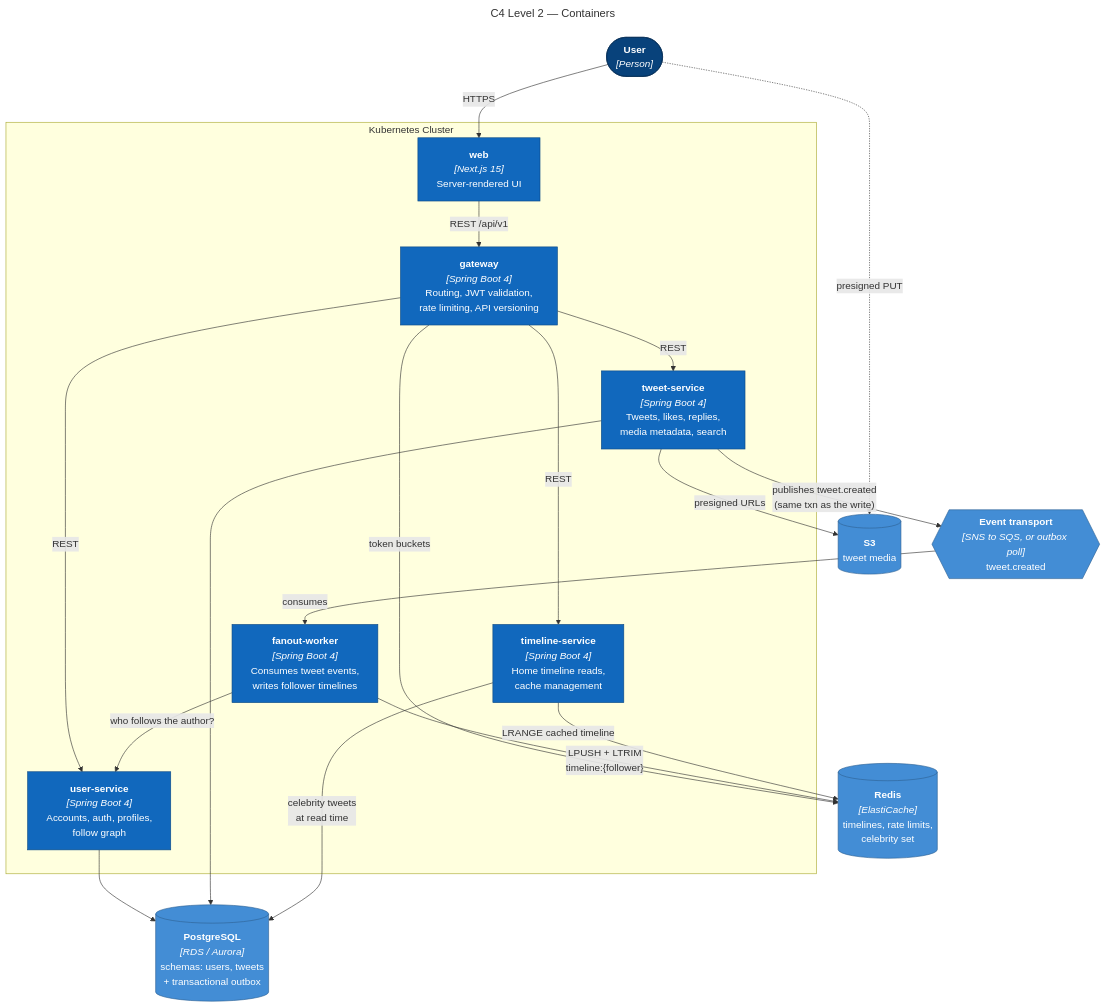
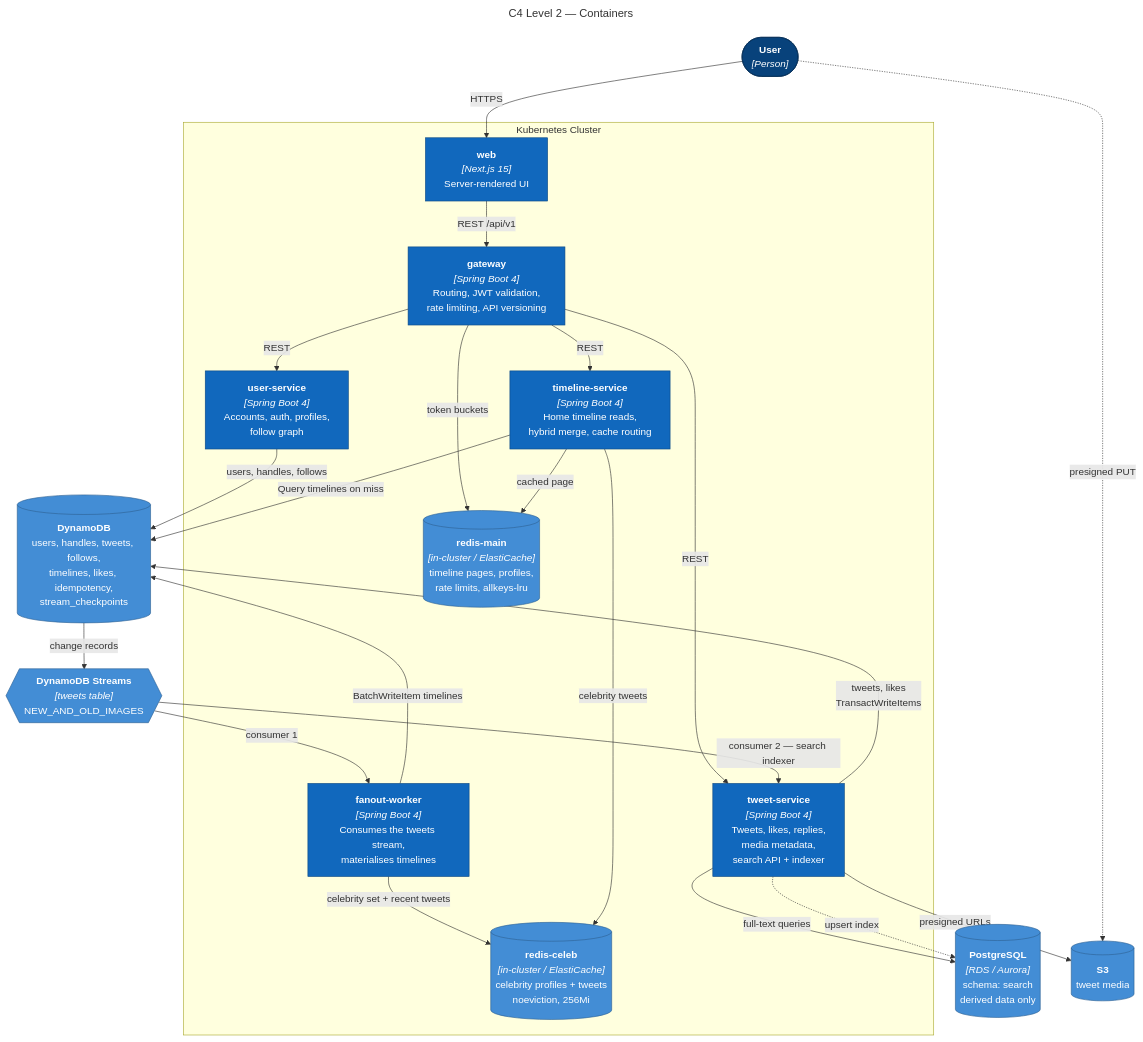
The diagram in docs/diagrams/c4-container.mmd (moeezurrehman0/starling), drawn with Mermaid before and after one commit. The commit also changed 22 other files, not shown here.

First line of the commit message:
feat!: move operational data to DynamoDB and split the cache tier

```diff
--- a/docs/diagrams/c4-container.mmd
+++ b/docs/diagrams/c4-container.mmd
@@ -1,47 +1,54 @@
 ---
 title: C4 Level 2 — Containers
 ---
 graph TB
     user(["<b>User</b><br/><i>[Person]</i>"])
 
     subgraph cluster["Kubernetes Cluster"]
         web["<b>web</b><br/><i>[Next.js 15]</i><br/>Server-rendered UI"]
         gw["<b>gateway</b><br/><i>[Spring Boot 4]</i><br/>Routing, JWT validation,<br/>rate limiting, API versioning"]
         usr["<b>user-service</b><br/><i>[Spring Boot 4]</i><br/>Accounts, auth, profiles,<br/>follow graph"]
-        twt["<b>tweet-service</b><br/><i>[Spring Boot 4]</i><br/>Tweets, likes, replies,<br/>media metadata, search"]
-        tl["<b>timeline-service</b><br/><i>[Spring Boot 4]</i><br/>Home timeline reads,<br/>cache management"]
-        fan["<b>fanout-worker</b><br/><i>[Spring Boot 4]</i><br/>Consumes tweet events,<br/>writes follower timelines"]
+        twt["<b>tweet-service</b><br/><i>[Spring Boot 4]</i><br/>Tweets, likes, replies,<br/>media metadata,<br/>search API + indexer"]
+        tl["<b>timeline-service</b><br/><i>[Spring Boot 4]</i><br/>Home timeline reads,<br/>hybrid merge, cache routing"]
+        fan["<b>fanout-worker</b><br/><i>[Spring Boot 4]</i><br/>Consumes the tweets stream,<br/>materialises timelines"]
+        rcel[("<b>redis-celeb</b><br/><i>[in-cluster / ElastiCache]</i><br/>celebrity profiles + tweets<br/>noeviction, 256Mi")]
+        rmain[("<b>redis-main</b><br/><i>[in-cluster / ElastiCache]</i><br/>timeline pages, profiles,<br/>rate limits, allkeys-lru")]
     end
 
-    pg[("<b>PostgreSQL</b><br/><i>[RDS / Aurora]</i><br/>schemas: users, tweets<br/>+ transactional outbox")]
-    redis[("<b>Redis</b><br/><i>[ElastiCache]</i><br/>timelines, rate limits,<br/>celebrity set")]
-    queue{{"<b>Event transport</b><br/><i>[SNS to SQS, or outbox poll]</i><br/>tweet.created"}}
+    ddb[("<b>DynamoDB</b><br/>users, handles, tweets, follows,<br/>timelines, likes, idempotency,<br/>stream_checkpoints")]
+    stream{{"<b>DynamoDB Streams</b><br/><i>[tweets table]</i><br/>NEW_AND_OLD_IMAGES"}}
+    pg[("<b>PostgreSQL</b><br/><i>[RDS / Aurora]</i><br/>schema: search<br/>derived data only")]
     s3[("<b>S3</b><br/>tweet media")]
 
     user -->|HTTPS| web
     web -->|"REST /api/v1"| gw
     user -.->|"presigned PUT"| s3
 
     gw -->|REST| usr
     gw -->|REST| twt
     gw -->|REST| tl
-    gw -->|"token buckets"| redis
+    gw -->|"token buckets"| rmain
 
-    usr --> pg
-    twt --> pg
+    usr -->|"users, handles, follows"| ddb
+    twt -->|"tweets, likes<br/>TransactWriteItems"| ddb
     twt -->|"presigned URLs"| s3
-    twt -->|"publishes tweet.created<br/>(same txn as the write)"| queue
-    queue -->|consumes| fan
+    twt -->|"full-text queries"| pg
 
-    fan -->|"who follows the author?"| usr
-    fan -->|"LPUSH + LTRIM<br/>timeline:{follower}"| redis
+    ddb -->|"change records"| stream
+    stream -->|"consumer 1"| fan
+    stream -->|"consumer 2 — search indexer"| twt
+    twt -.->|"upsert index"| pg
 
-    tl -->|"LRANGE cached timeline"| redis
-    tl -->|"celebrity tweets<br/>at read time"| pg
+    fan -->|"BatchWriteItem timelines"| ddb
+    fan -->|"celebrity set + recent tweets"| rcel
+
+    tl -->|"cached page"| rmain
+    tl -->|"celebrity tweets"| rcel
+    tl -->|"Query timelines on miss"| ddb
 
     classDef person fill:#08427b,stroke:#052e56,color:#fff
     classDef container fill:#1168bd,stroke:#0b4884,color:#fff
     classDef store fill:#438dd5,stroke:#2e6295,color:#fff
     class user person
     class web,gw,usr,twt,tl,fan container
-    class pg,redis,queue,s3 store
+    class ddb,stream,pg,s3,rcel,rmain store
```
